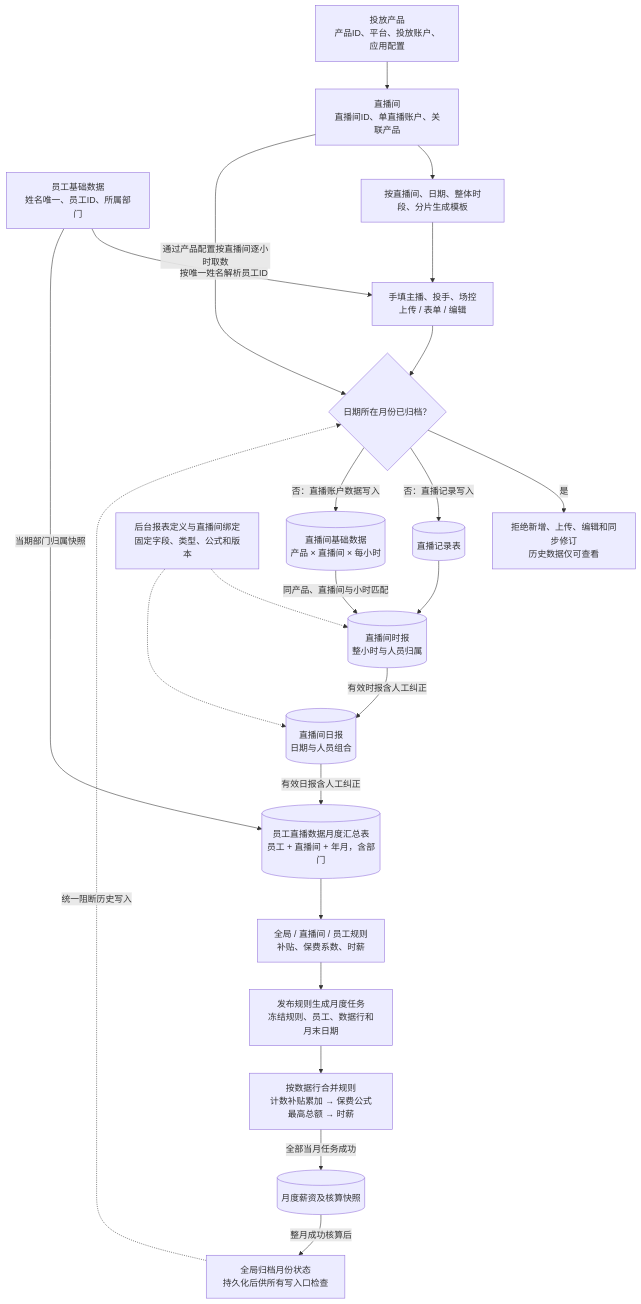
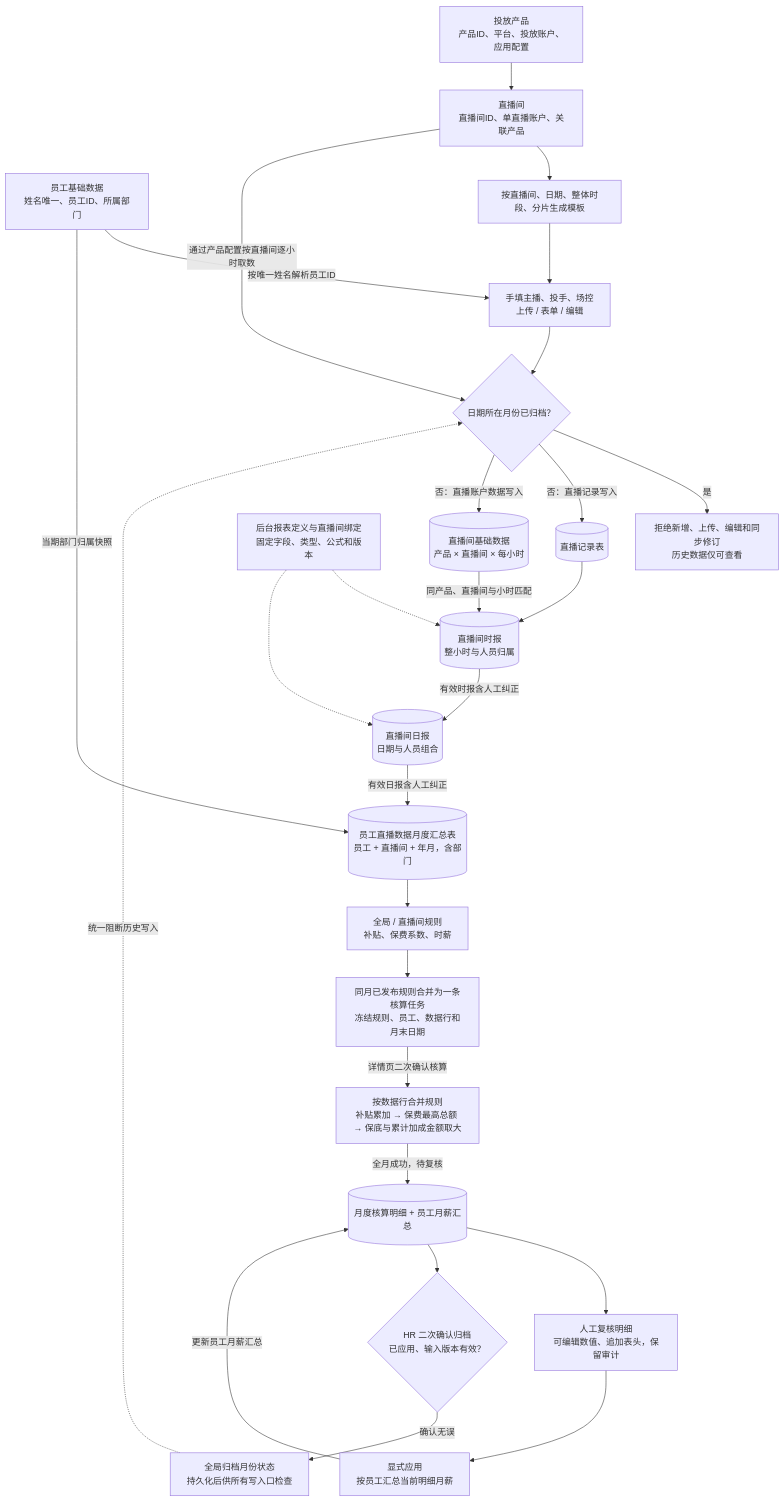
Before and after one commit to OnfireMrHuang/staffhub: the diagram in docs/superpowers/specs/2026-10-09-staffhub-phase-one-design.md, drawn with Mermaid. The commit also changed other lines of this file and 47 other files, not shown here.

````diff
--- a/docs/superpowers/specs/2026-10-09-staffhub-phase-one-design.md
+++ b/docs/superpowers/specs/2026-10-09-staffhub-phase-one-design.md
@@ -33,42 +35,49 @@
 ```mermaid
 flowchart TD
     EMP[员工基础数据\n姓名唯一、员工ID、所属部门]
     PRODUCT[投放产品\n产品ID、平台、投放账户、应用配置]
     LIVE_ROOM[直播间\n直播间ID、单直播账户、关联产品]
     TEMPLATE[按直播间、日期、整体时段、分片生成模板]
     MANUAL[手填主播、投手、场控\n上传 / 表单 / 编辑]
     LIVE[(直播记录表)]
     ROOM[(直播间基础数据\n产品 × 直播间 × 每小时)]
     DEFINITION[后台报表定义与直播间绑定\n固定字段、类型、公式和版本]
     HOUR[(直播间时报\n整小时与人员归属)]
     DAY[(直播间日报\n日期与人员组合)]
     MONTH[(员工直播数据月度汇总表\n员工 + 直播间 + 年月，含部门)]
-    RULE[全局 / 直播间 / 员工规则\n补贴、保费系数、时薪]
-    PAY[(月度薪资及核算快照)]
+    RULE[全局 / 直播间规则\n补贴、保费系数、时薪]
+    PAY[(月度核算明细 + 员工月薪汇总)]
+    REVIEW[人工复核明细\n可编辑数值、追加表头，保留审计]
+    APPLY[显式应用\n按员工汇总当前明细月薪]
+    HR{HR 二次确认归档\n已应用、输入版本有效？}
     ARCHIVE[全局归档月份状态\n持久化后供所有写入口检查]
     GUARD{日期所在月份已归档？}
     REJECT[拒绝新增、上传、编辑和同步修订\n历史数据仅可查看]
 
     PRODUCT --> LIVE_ROOM
     LIVE_ROOM --> TEMPLATE
     TEMPLATE --> MANUAL
     EMP -->|按唯一姓名解析员工ID| MANUAL
     MANUAL --> GUARD
     LIVE_ROOM -->|通过产品配置按直播间逐小时取数| GUARD
     GUARD -->|是| REJECT
     GUARD -->|否：直播记录写入| LIVE
     GUARD -->|否：直播账户数据写入| ROOM
     LIVE --> HOUR
     ROOM -->|同产品、直播间与小时匹配| HOUR
     DEFINITION -.-> HOUR
     DEFINITION -.-> DAY
     HOUR -->|有效时报含人工纠正| DAY
     DAY -->|有效日报含人工纠正| MONTH
     EMP -->|当期部门归属快照| MONTH
     MONTH --> RULE
-    RULE --> TASK[发布规则生成月度任务\n冻结规则、员工、数据行和月末日期]
-    TASK --> MERGE[按数据行合并规则\n计数补贴累加 → 保费公式最高总额 → 时薪]
-    MERGE -->|全部当月任务成功| PAY
-    PAY -->|整月成功核算后| ARCHIVE
+    RULE --> TASK[同月已发布规则合并为一条核算任务\n冻结规则、员工、数据行和月末日期]
+    TASK -->|详情页二次确认核算| MERGE[按数据行合并规则\n补贴累加 → 保费最高总额 → 保底与累计加成金额取大]
+    MERGE -->|全月成功，待复核| PAY
+    PAY --> REVIEW
+    REVIEW --> APPLY
+    APPLY -->|更新员工月薪汇总| PAY
+    PAY --> HR
+    HR -->|确认无误| ARCHIVE
     ARCHIVE -.->|统一阻断历史写入| GUARD
 ```
````
